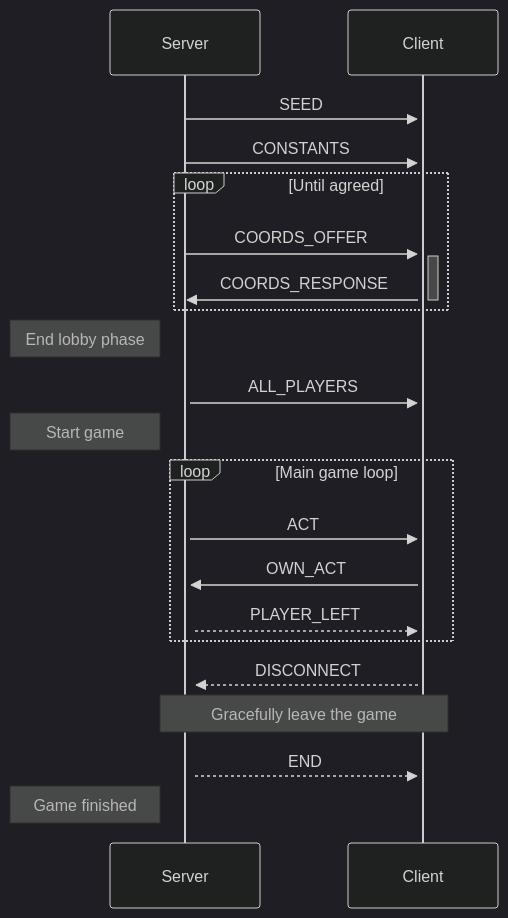
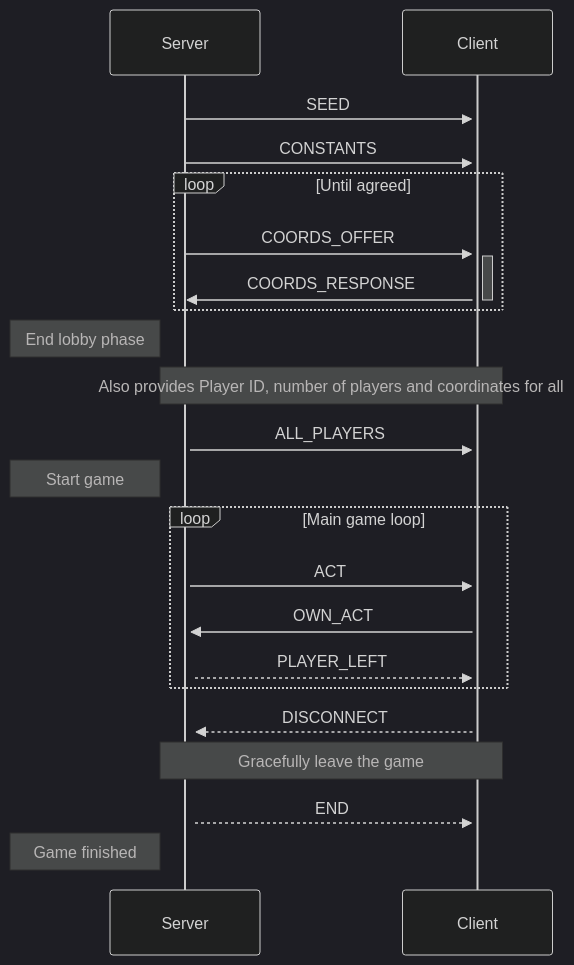
One commit to Lioydiano/TCPInavjaga changed the diagram in ideas.md. Above: the diagram before and after it, drawn with Mermaid. The commit also changed 3 other files, not shown here.

````diff
--- a/ideas.md
+++ b/ideas.md
@@ -21,29 +21,30 @@
 ```mermaid
 ---
 config:
   theme: dark
 ---
 sequenceDiagram
     Server->>+Client: SEED
     Server->>+Client: CONSTANTS
     loop Until agreed
         Server->>+Client: COORDS_OFFER
         Client->>-Server: COORDS_RESPONSE
     end
     activate Server
 
     Note left of Server: End lobby phase
+    Note over Server,Client: Also provides Player ID, number of players and coordinates for all
     Server->>+Client: ALL_PLAYERS
     Note left of Server: Start game
     
     loop Main game loop
         Server->>+Client: ACT
         Client->>+Server: OWN_ACT
         Server-->>+Client: PLAYER_LEFT
     end
 
     Client-->>Server: DISCONNECT
     Note over Client,Server: Gracefully leave the game
     Server-->>Client: END
     Note left of Server: Game finished
 ```
````
